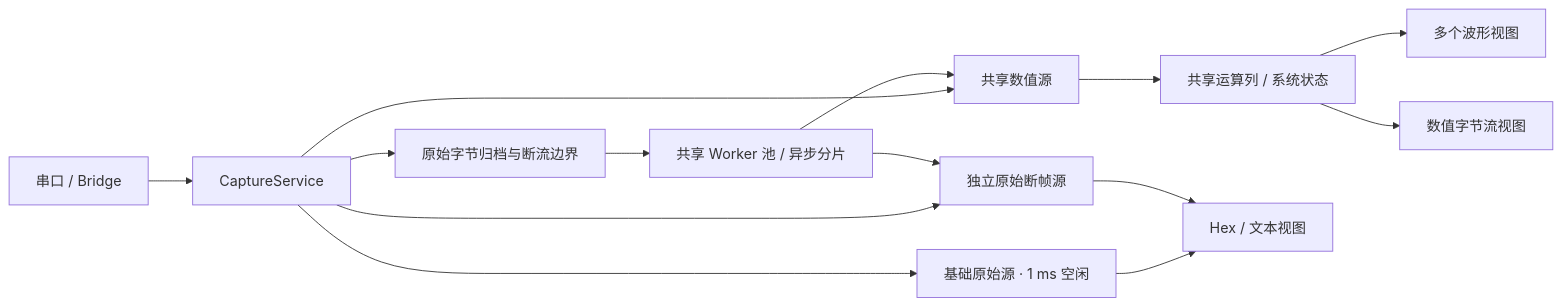
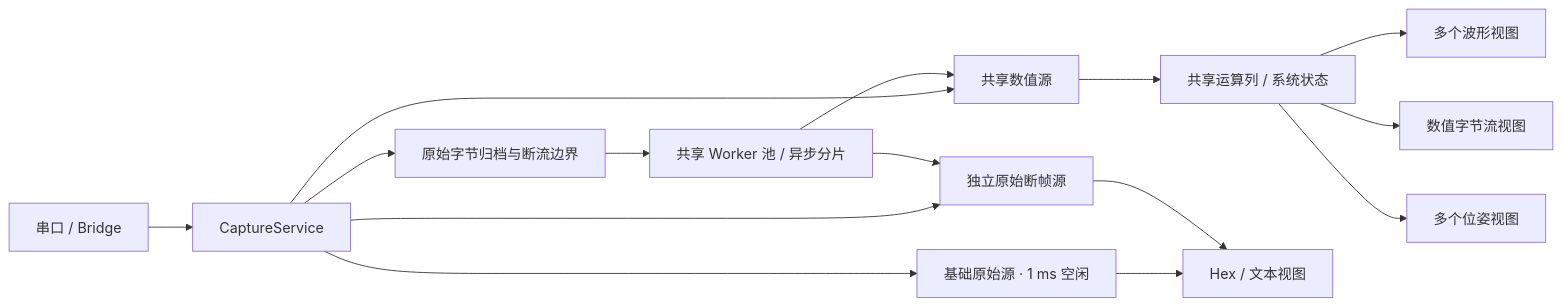
One commit to yssickjgd/serial_plotter changed the diagram in architecture.md. Above: the diagram before and after it, drawn with Mermaid. The commit also changed other lines of this file and 21 other files, not shown here.

````diff
--- a/architecture.md
+++ b/architecture.md
@@ -44,16 +46,17 @@
 ```mermaid
 flowchart LR
     IO[串口 / Bridge] --> Capture[CaptureService]
     Capture --> Archive[原始字节归档与断流边界]
     Capture --> Numeric[共享数值源]
     Capture --> Base[基础原始源 · 1 ms 空闲]
     Capture --> Raw[独立原始断帧源]
     Numeric --> Computed[共享运算列 / 系统状态]
     Computed --> Waves[多个波形视图]
     Computed --> Numbers[数值字节流视图]
+    Computed --> Poses[多个位姿视图]
     Base --> Bytes[Hex / 文本视图]
     Raw --> Bytes
     Archive --> Replay[共享 Worker 池 / 异步分片]
     Replay --> Numeric
     Replay --> Raw
 ```
````
